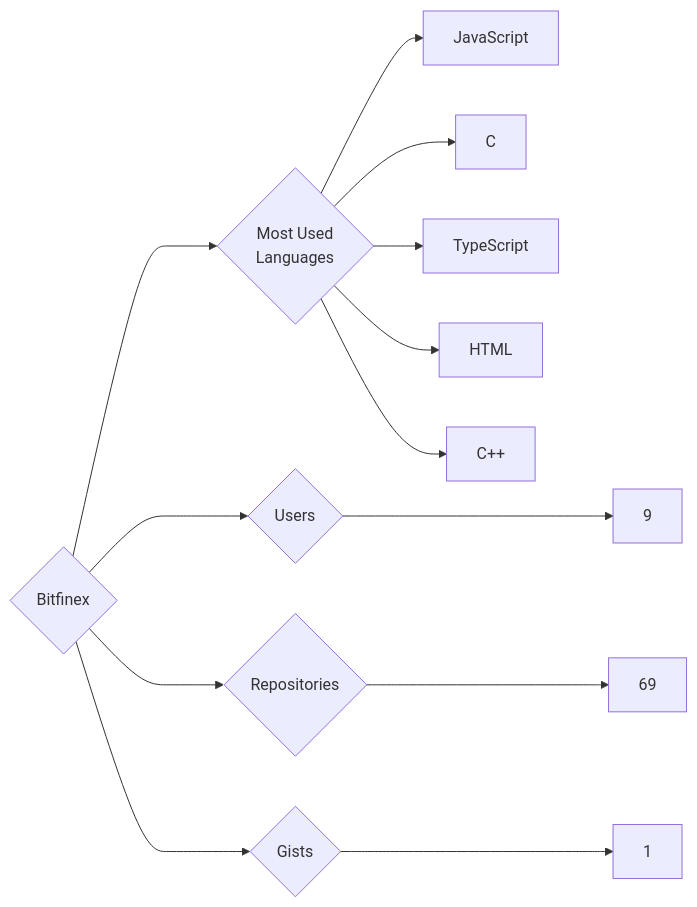
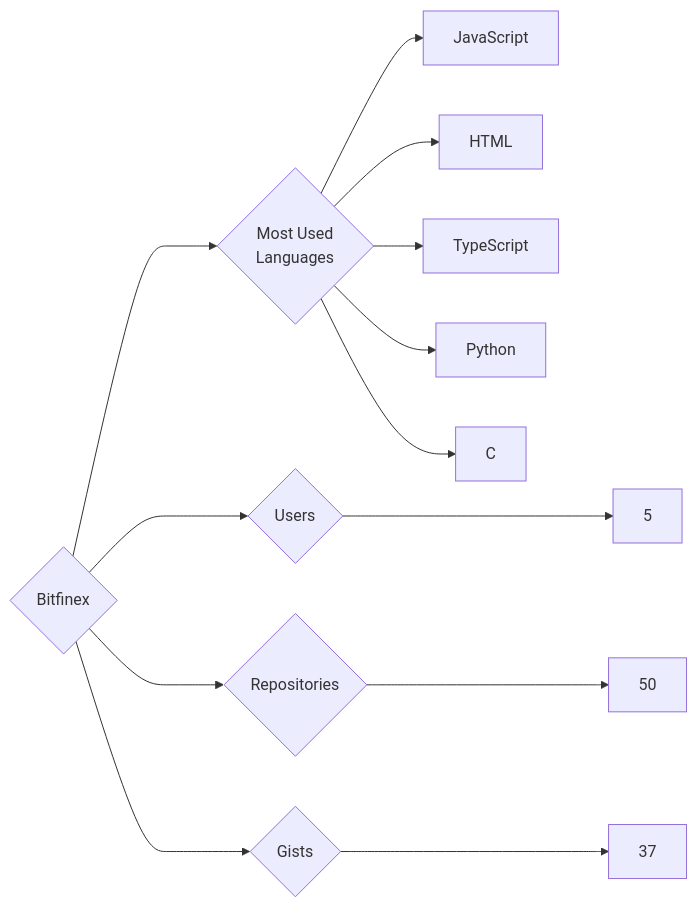
The diagram in targets/Bitfinex/README.md (trickest/insiders), drawn with Mermaid before and after one commit. The commit also changed 1141 other files, not shown here.

````diff
--- a/targets/Bitfinex/README.md
+++ b/targets/Bitfinex/README.md
@@ -3,13 +3,13 @@
 ```mermaid
 graph LR
 COMPANY_NAME{Bitfinex}
-COMPANY_NAME ---> U{Users} ---> UN[9]
-COMPANY_NAME ---> R{Repositories} ---> RN[69]
-COMPANY_NAME ---> G{Gists} ---> GN[1]
+COMPANY_NAME ---> U{Users} ---> UN[5]
+COMPANY_NAME ---> R{Repositories} ---> RN[50]
+COMPANY_NAME ---> G{Gists} ---> GN[37]
 COMPANY_NAME ---> ML{Most Used<br>Languages}
 ML --> JavaScript[JavaScript]
+ML --> HTML[HTML]
+ML --> TypeScript[TypeScript]
+ML --> Python[Python]
 ML --> C[C]
-ML --> TypeScript[TypeScript]
-ML --> HTML[HTML]
-ML --> C++[C++]
 ```
````
